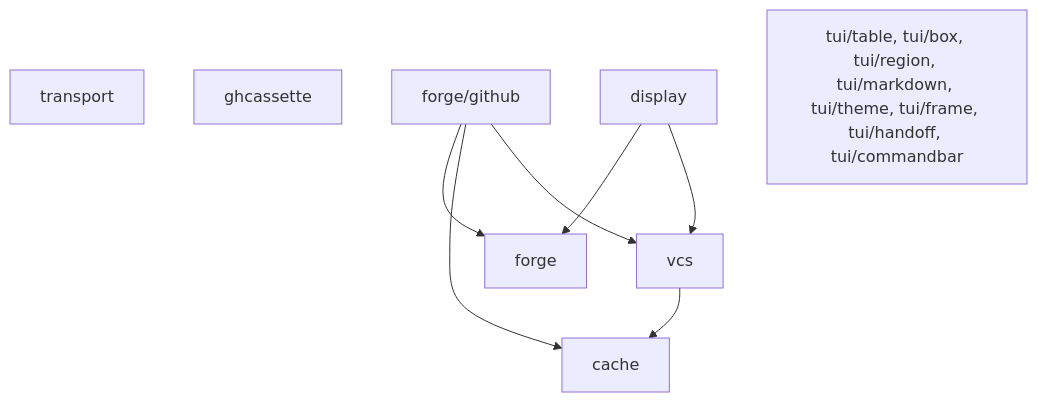
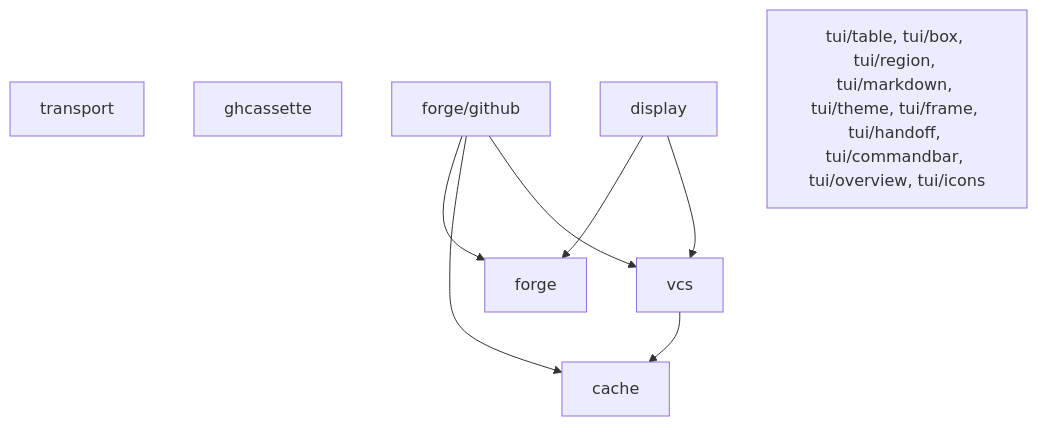
The diagram in DESIGN.md (KyleKing/aragonite), drawn with Mermaid before and after one commit. The commit also changed other lines of this file and 3 other files, not shown here.

````diff
--- a/DESIGN.md
+++ b/DESIGN.md
@@ -22,15 +22,15 @@
 ```mermaid
 flowchart TD
     cache["cache"]
     transport["transport"]
     ghcassette["ghcassette"]
     vcs["vcs"]
     forge["forge"]
     github["forge/github"]
     display["display"]
-    tui["tui/table, tui/box, tui/region, tui/markdown, tui/theme, tui/frame, tui/handoff, tui/commandbar"]
+    tui["tui/table, tui/box, tui/region, tui/markdown, tui/theme, tui/frame, tui/handoff, tui/commandbar, tui/overview, tui/icons"]
 
     vcs --> cache
     github --> forge & cache & vcs
     display --> forge & vcs
 ```
````
